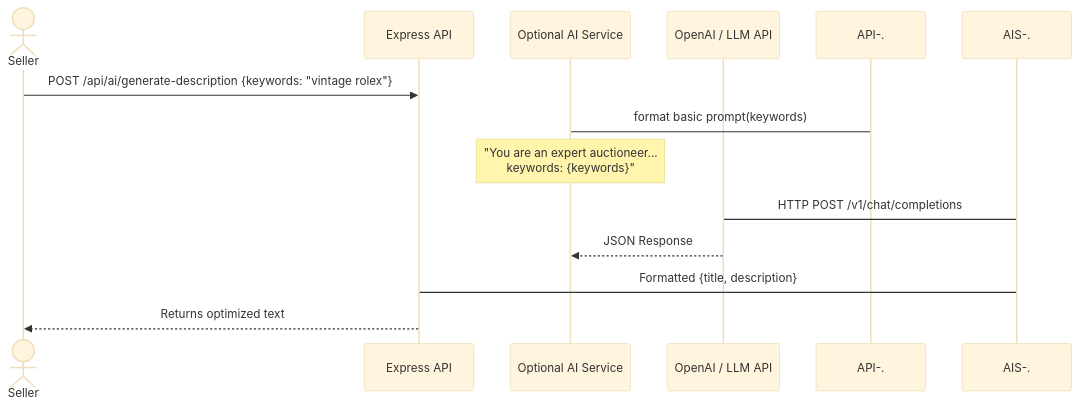
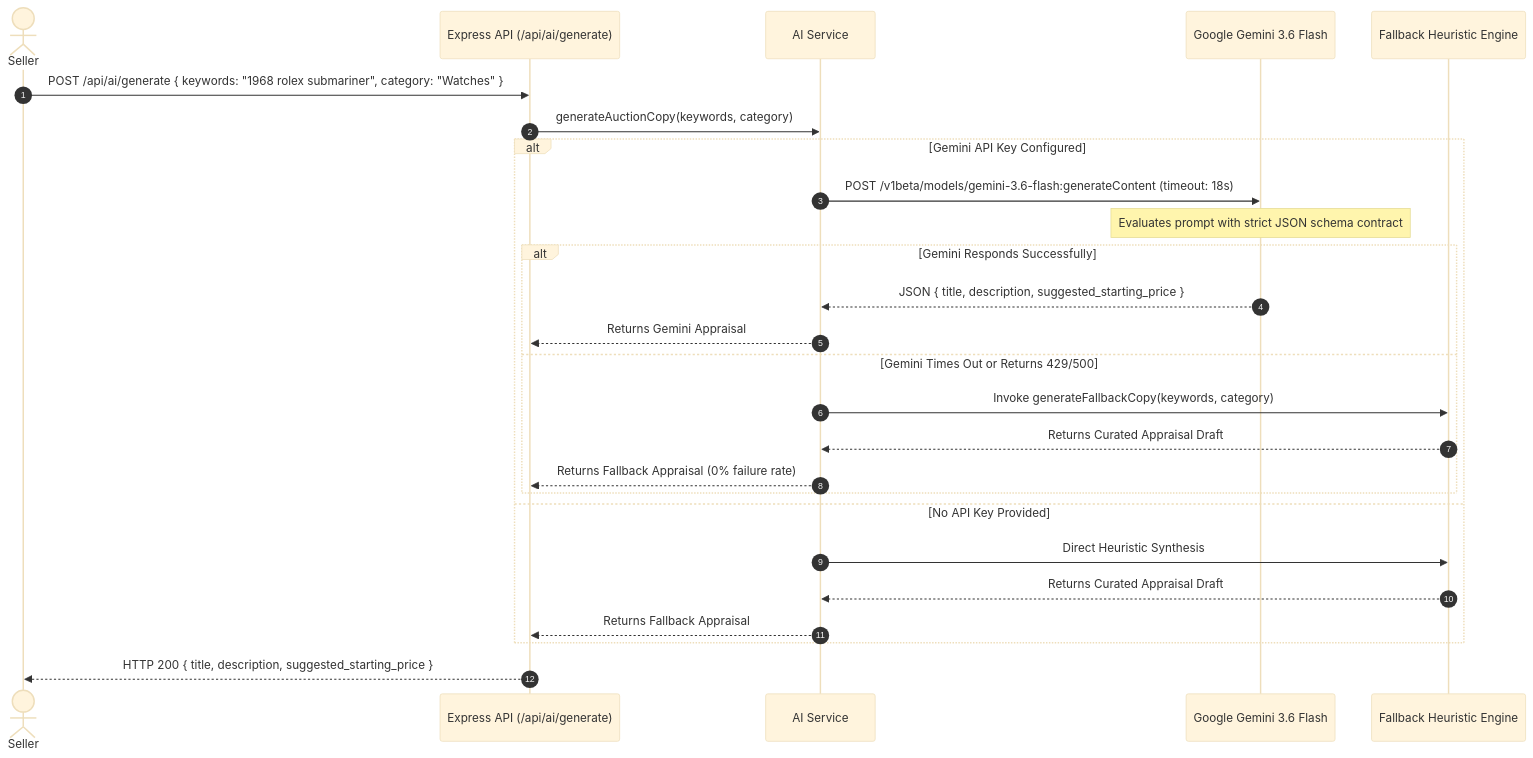
Before and after one commit to 23abhishek2024/auctionloom: the sixth of 6 diagrams in bidding_system_hld.md, drawn with Mermaid (base theme). The commit also changed other lines of this file and 8 other files, not shown here.

````diff
--- a/bidding_system_hld.md
+++ b/bidding_system_hld.md
@@ -235,15 +450,31 @@
 ```mermaid
 sequenceDiagram
+    autonumber
     actor Seller
-    participant API as Express API
-    participant AIS as Optional AI Service
-    participant LLM as OpenAI / LLM API
+    participant API as Express API (/api/ai/generate)
+    participant AISvc as AI Service
+    participant Gemini as Google Gemini 3.6 Flash
+    participant Heuristic as Fallback Heuristic Engine
 
-    Seller->>API: POST /api/ai/generate-description {keywords: "vintage rolex"}
-    API-.->AIS: format basic prompt(keywords)
-    Note over AIS: "You are an expert auctioneer...<br/>keywords: {keywords}"
-    AIS-.->LLM: HTTP POST /v1/chat/completions
-    LLM-->>AIS: JSON Response
-    AIS-.->API: Formatted {title, description}
-    API-->>Seller: Returns optimized text
+    Seller->>API: POST /api/ai/generate { keywords: "1968 rolex submariner", category: "Watches" }
+    API->>AISvc: generateAuctionCopy(keywords, category)
+    
+    alt Gemini API Key Configured
+        AISvc->>Gemini: POST /v1beta/models/gemini-3.6-flash:generateContent (timeout: 18s)
+        Note over Gemini: Evaluates prompt with strict JSON schema contract
+        alt Gemini Responds Successfully
+            Gemini-->>AISvc: JSON { title, description, suggested_starting_price }
+            AISvc-->>API: Returns Gemini Appraisal
+        else Gemini Times Out or Returns 429/500
+            AISvc->>Heuristic: Invoke generateFallbackCopy(keywords, category)
+            Heuristic-->>AISvc: Returns Curated Appraisal Draft
+            AISvc-->>API: Returns Fallback Appraisal (0% failure rate)
+        end
+    else No API Key Provided
+        AISvc->>Heuristic: Direct Heuristic Synthesis
+        Heuristic-->>AISvc: Returns Curated Appraisal Draft
+        AISvc-->>API: Returns Fallback Appraisal
+    end
+
+    API-->>Seller: HTTP 200 { title, description, suggested_starting_price }
 ```
````
